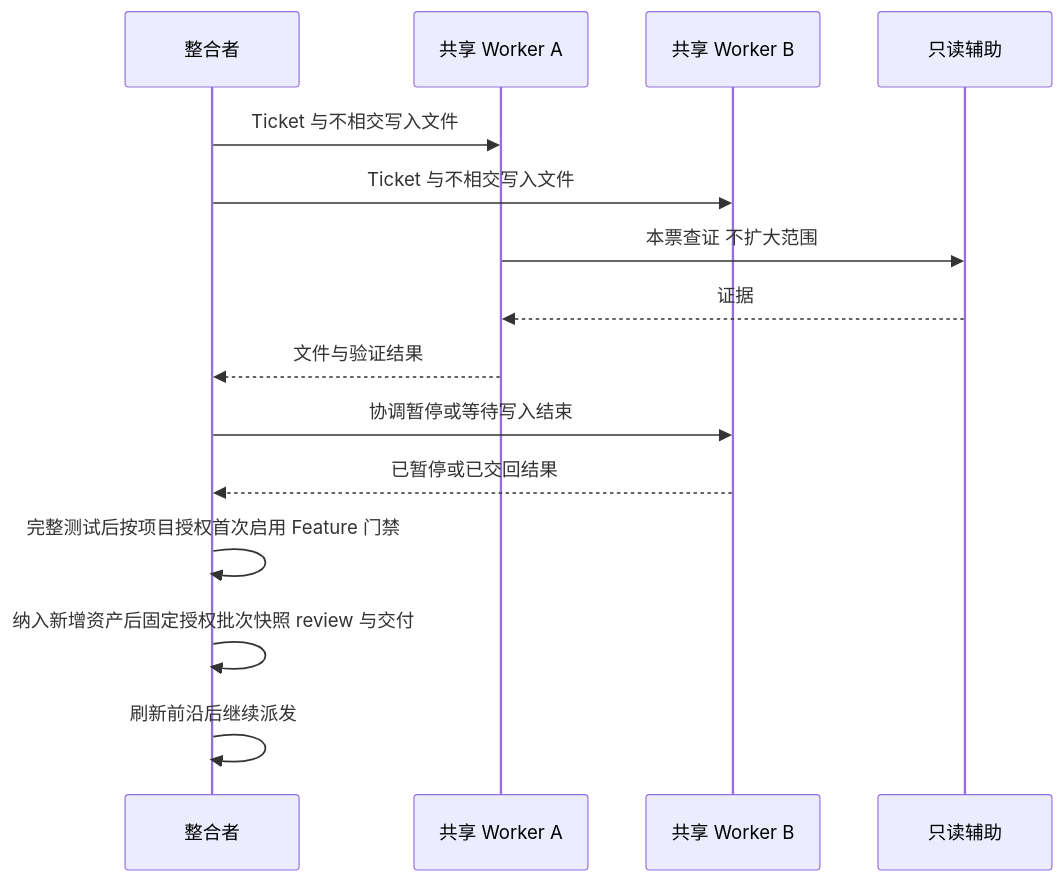
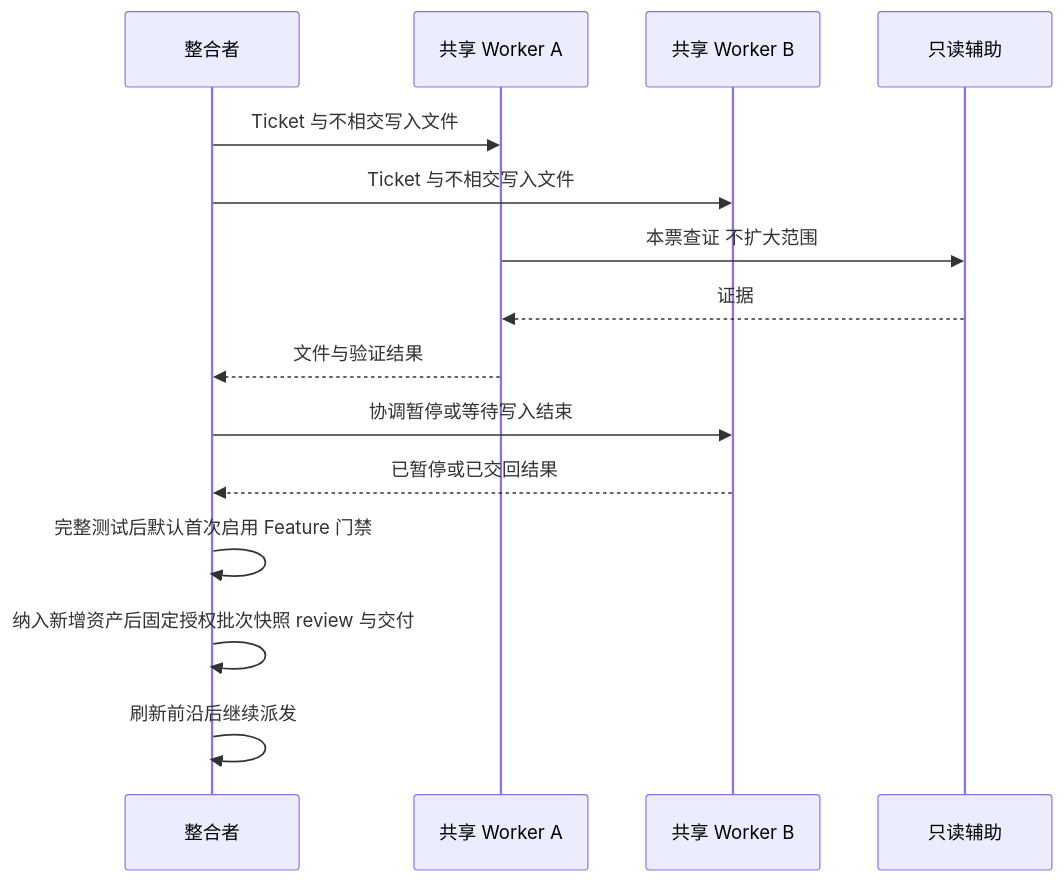
Before and after one commit to liu-qingyuan/skills-sync-lqy: the fourth of 8 diagrams in docs/architecture/spec-implementation.md, drawn with Mermaid. The commit also changed other lines of this file and 16 other files, not shown here.

````diff
--- a/docs/architecture/spec-implementation.md
+++ b/docs/architecture/spec-implementation.md
@@ -48,17 +48,17 @@
 ```mermaid
 sequenceDiagram
     participant C as 整合者
     participant A as 共享 Worker A
     participant B as 共享 Worker B
     participant H as 只读辅助
     C->>A: Ticket 与不相交写入文件
     C->>B: Ticket 与不相交写入文件
     A->>H: 本票查证 不扩大范围
     H-->>A: 证据
     A-->>C: 文件与验证结果
     C->>B: 协调暂停或等待写入结束
     B-->>C: 已暂停或已交回结果
-    C->>C: 完整测试后按项目授权首次启用 Feature 门禁
+    C->>C: 完整测试后默认首次启用 Feature 门禁
     C->>C: 纳入新增资产后固定授权批次快照 review 与交付
     C->>C: 刷新前沿后继续派发
 ```
````
